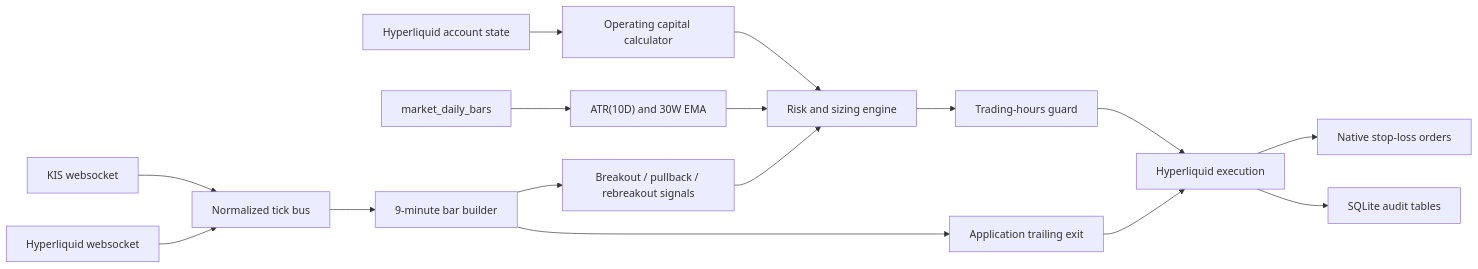
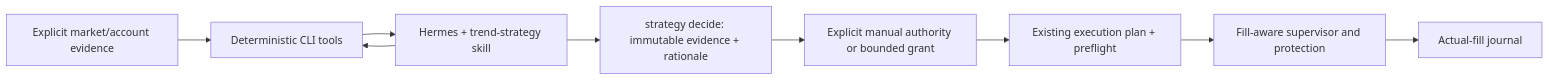
Before and after one commit to hwanjjang/kis-hl-trading-system: the diagram in docs/strategy_execution_design.md, drawn with Mermaid. The commit also changed other lines of this file and 26 other files, not shown here.

Commit message:
feat: add Hermes strategy skill and deterministic tools

````diff
--- a/docs/strategy_execution_design.md
+++ b/docs/strategy_execution_design.md
@@ -486,18 +30,11 @@
 ```mermaid
 flowchart LR
-  HLAccount["Hyperliquid account state"] --> Capital["Operating capital calculator"]
-  DailyBars["market_daily_bars"] --> ATR["ATR(10D) and 30W EMA"]
-  KISWS["KIS websocket"] --> Ticks["Normalized tick bus"]
-  HLWS["Hyperliquid websocket"] --> Ticks
-  Ticks --> Bars9m["9-minute bar builder"]
-  Capital --> Risk["Risk and sizing engine"]
-  ATR --> Risk
-  Bars9m --> Signals["Breakout / pullback / rebreakout signals"]
-  Signals --> Risk
-  Risk --> Session["Trading-hours guard"]
-  Session --> Execution["Hyperliquid execution"]
-  Execution --> Stops["Native stop-loss orders"]
-  Bars9m --> Trail["Application trailing exit"]
-  Trail --> Execution
-  Execution --> SQLite["SQLite audit tables"]
+  Data["Explicit market/account evidence"] --> Tools["Deterministic CLI tools"]
+  Hermes["Hermes + trend-strategy skill"] --> Tools
+  Tools --> Hermes
+  Hermes --> Decision["strategy decide: immutable evidence + rationale"]
+  Decision --> Approval["Explicit manual authority or bounded grant"]
+  Approval --> Plan["Existing execution plan + preflight"]
+  Plan --> Managed["Fill-aware supervisor and protection"]
+  Managed --> Journal["Actual-fill journal"]
 ```
````
